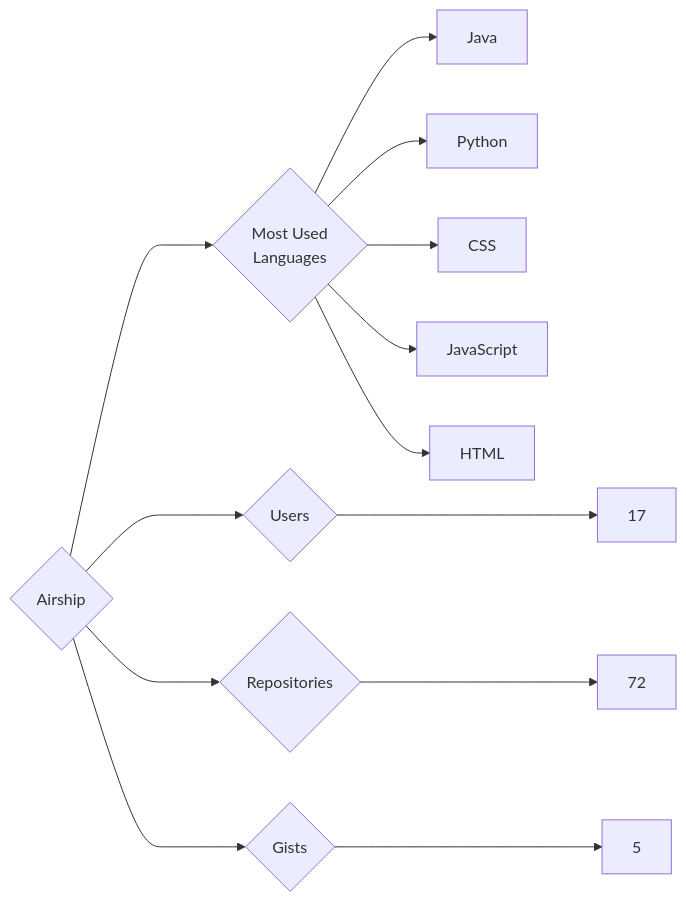
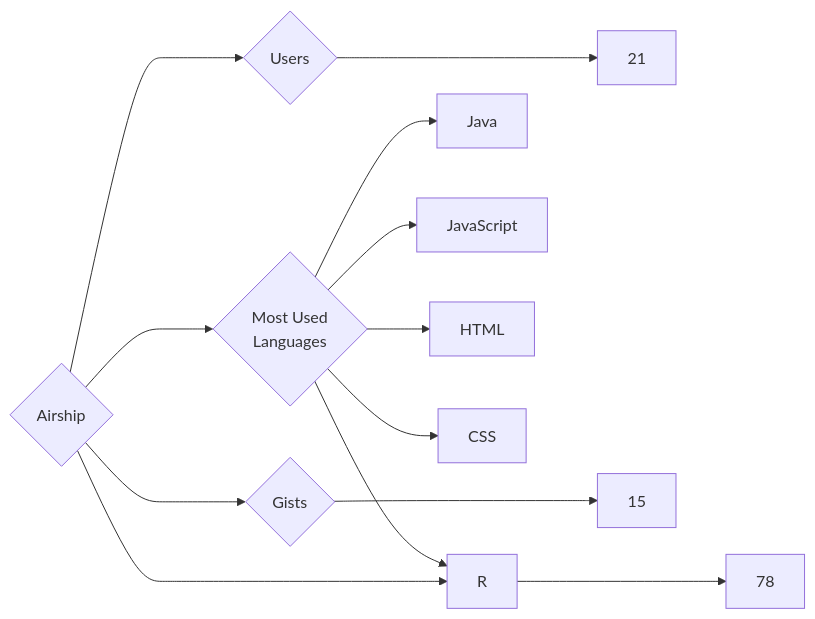
One commit to trickest/insiders changed the diagram in targets/Airship/README.md. Above: the diagram before and after it, drawn with Mermaid. The commit also changed 895 other files, not shown here.

````diff
--- a/targets/Airship/README.md
+++ b/targets/Airship/README.md
@@ -3,13 +3,13 @@
 ```mermaid
 graph LR
 COMPANY_NAME{Airship}
-COMPANY_NAME ---> U{Users} ---> UN[17]
-COMPANY_NAME ---> R{Repositories} ---> RN[72]
-COMPANY_NAME ---> G{Gists} ---> GN[5]
+COMPANY_NAME ---> U{Users} ---> UN[21]
+COMPANY_NAME ---> R{Repositories} ---> RN[78]
+COMPANY_NAME ---> G{Gists} ---> GN[15]
 COMPANY_NAME ---> ML{Most Used<br>Languages}
 ML --> Java[Java]
-ML --> Python[Python]
-ML --> CSS[CSS]
 ML --> JavaScript[JavaScript]
 ML --> HTML[HTML]
+ML --> CSS[CSS]
+ML --> R[R]
 ```
````
